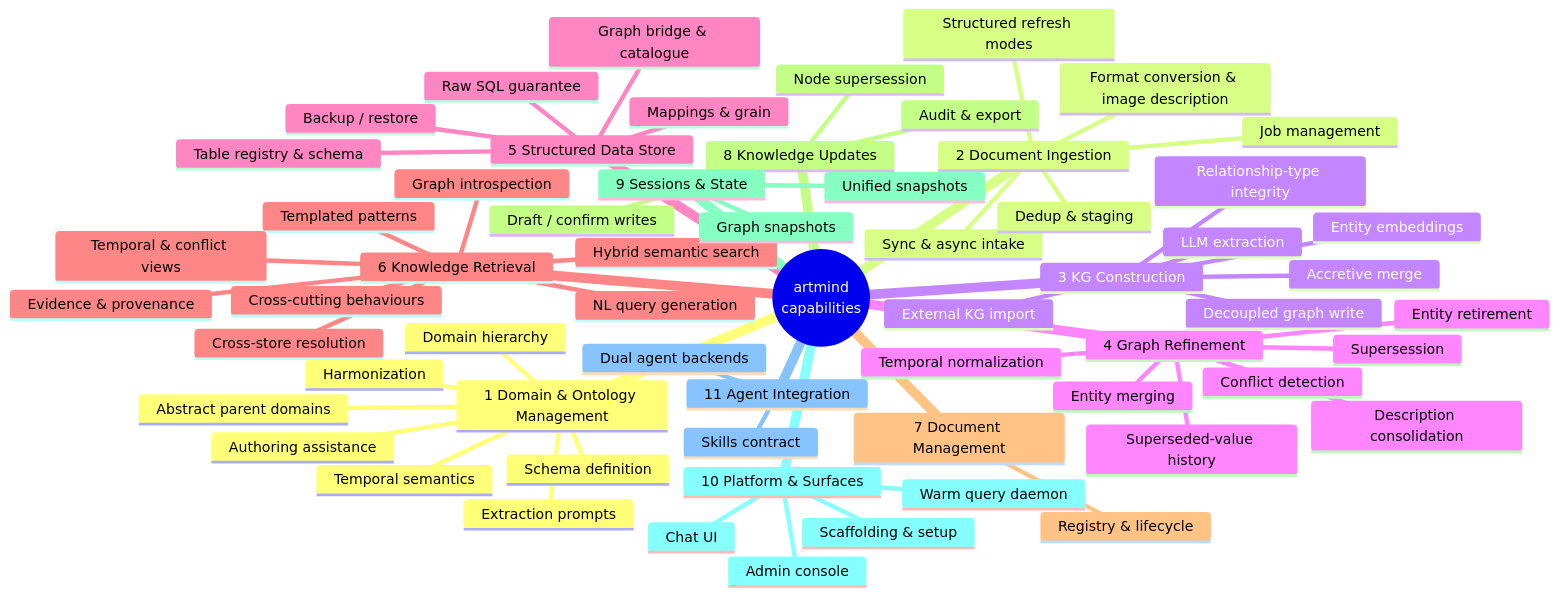
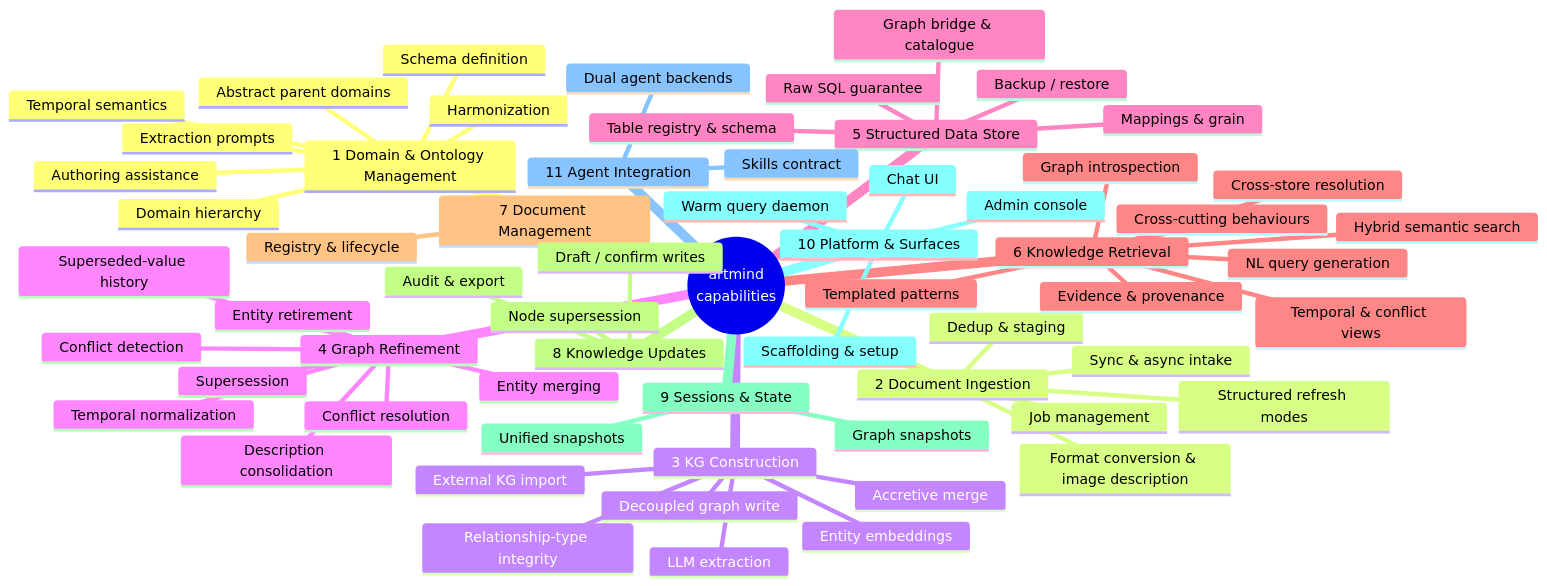
The diagram in docs/CAPABILITIES.md (neurongraph/artmind9), drawn with Mermaid before and after one commit. The commit also changed other lines of this file, not shown here.

````diff
--- a/docs/CAPABILITIES.md
+++ b/docs/CAPABILITIES.md
@@ -28,65 +28,66 @@
 ```mermaid
 mindmap
   root((artmind<br/>capabilities))
     1 Domain & Ontology Management
       Schema definition
       Domain hierarchy
       Extraction prompts
       Harmonization
       Temporal semantics
       Abstract parent domains
       Authoring assistance
     2 Document Ingestion
       Sync & async intake
       Job management
       Dedup & staging
       Structured refresh modes
       Format conversion & image description
     3 KG Construction
       LLM extraction
       Decoupled graph write
       External KG import
       Entity embeddings
       Relationship-type integrity
       Accretive merge
     4 Graph Refinement
       Entity merging
       Description consolidation
       Temporal normalization
       Conflict detection
       Supersession
       Entity retirement
       Superseded-value history
+      Conflict resolution
     5 Structured Data Store
       Table registry & schema
       Raw SQL guarantee
       Mappings & grain
       Graph bridge & catalogue
       Backup / restore
     6 Knowledge Retrieval
       Graph introspection
       Templated patterns
       Hybrid semantic search
       NL query generation
       Evidence & provenance
       Temporal & conflict views
       Cross-store resolution
       Cross-cutting behaviours
     7 Document Management
       Registry & lifecycle
     8 Knowledge Updates
       Draft / confirm writes
       Node supersession
       Audit & export
     9 Sessions & State
       Graph snapshots
       Unified snapshots
     10 Platform & Surfaces
       Scaffolding & setup
       Warm query daemon
       Chat UI
       Admin console
     11 Agent Integration
       Skills contract
       Dual agent backends
 ```
````
